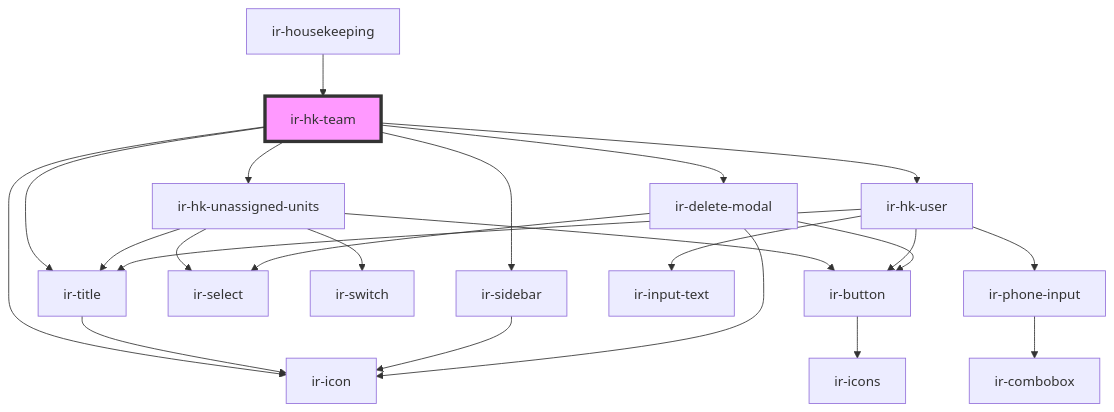
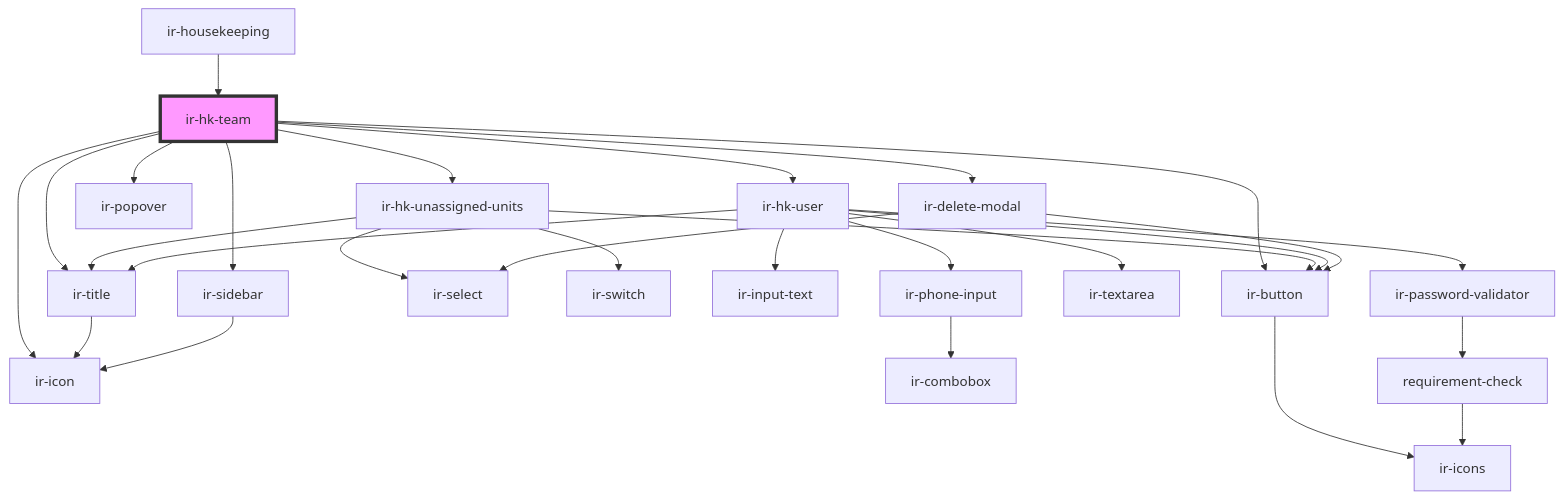
Before and after one commit to RonyRizk/ir-webcmp: the diagram in src/components/ir-housekeeping/ir-hk-team/readme.md, drawn with Mermaid. The commit also changed other lines of this file and 293 other files, not shown here.

````diff
--- a/src/components/ir-housekeeping/ir-hk-team/readme.md
+++ b/src/components/ir-housekeeping/ir-hk-team/readme.md
@@ -24,26 +26,31 @@
 ```mermaid
 graph TD;
   ir-hk-team --> ir-hk-unassigned-units
   ir-hk-team --> ir-hk-user
   ir-hk-team --> ir-title
   ir-hk-team --> ir-icon
+  ir-hk-team --> ir-popover
+  ir-hk-team --> ir-button
   ir-hk-team --> ir-sidebar
   ir-hk-team --> ir-delete-modal
   ir-hk-unassigned-units --> ir-select
   ir-hk-unassigned-units --> ir-switch
   ir-hk-unassigned-units --> ir-title
   ir-hk-unassigned-units --> ir-button
   ir-title --> ir-icon
   ir-button --> ir-icons
   ir-hk-user --> ir-title
   ir-hk-user --> ir-input-text
   ir-hk-user --> ir-phone-input
+  ir-hk-user --> ir-textarea
+  ir-hk-user --> ir-password-validator
   ir-hk-user --> ir-button
   ir-phone-input --> ir-combobox
+  ir-password-validator --> requirement-check
+  requirement-check --> ir-icons
   ir-sidebar --> ir-icon
-  ir-delete-modal --> ir-icon
+  ir-delete-modal --> ir-button
   ir-delete-modal --> ir-select
-  ir-delete-modal --> ir-button
   ir-housekeeping --> ir-hk-team
   style ir-hk-team fill:#f9f,stroke:#333,stroke-width:4px
 ```
````
